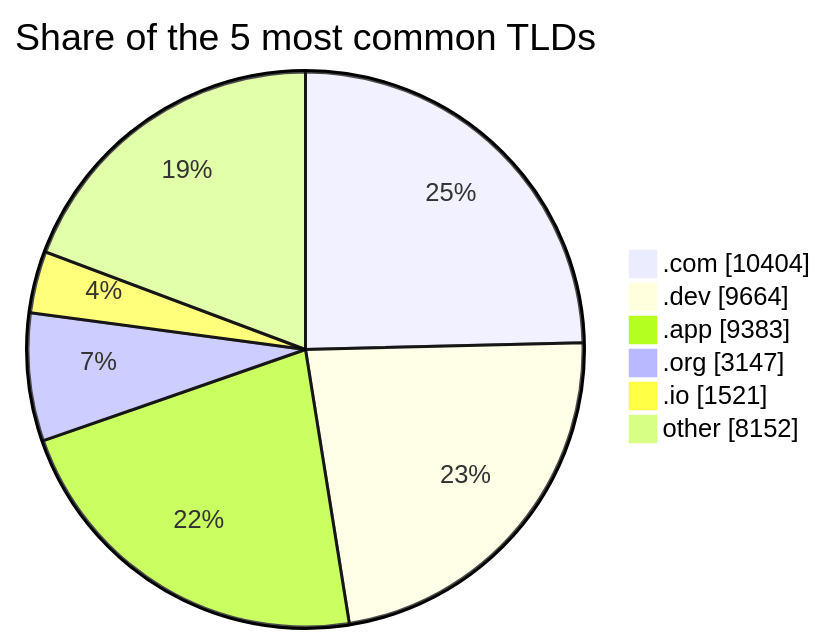
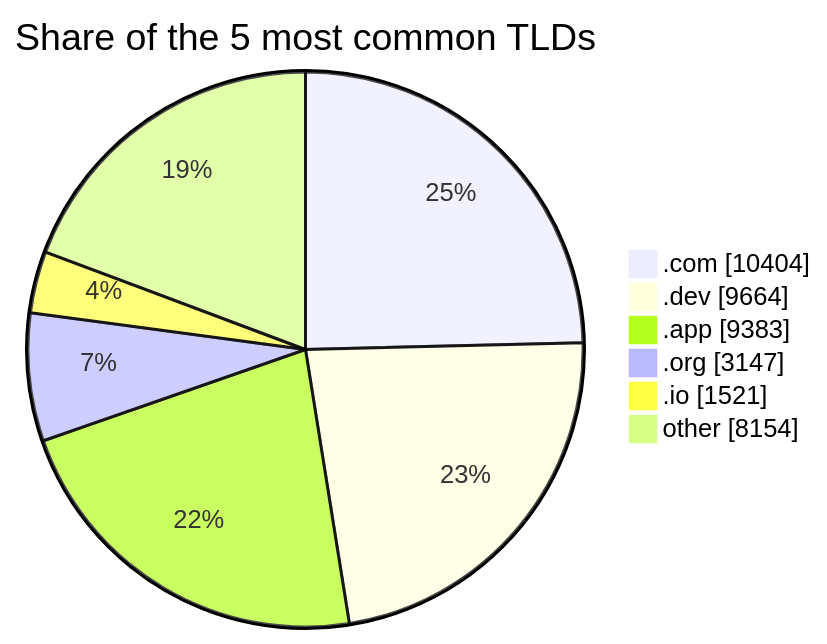
The third of 3 diagrams in README.md (DNSBunker/CTI), drawn with Mermaid before and after one commit. The commit also changed other lines of this file and 3 other files, not shown here.

````diff
--- a/README.md
+++ b/README.md
@@ -81,9 +81,9 @@
 ```mermaid
 pie showData title Share of the 5 most common TLDs
     ".com" : 10404
     ".dev" : 9664
     ".app" : 9383
     ".org" : 3147
     ".io" : 1521
-    "other" : 8152
+    "other" : 8154
 ```
````
